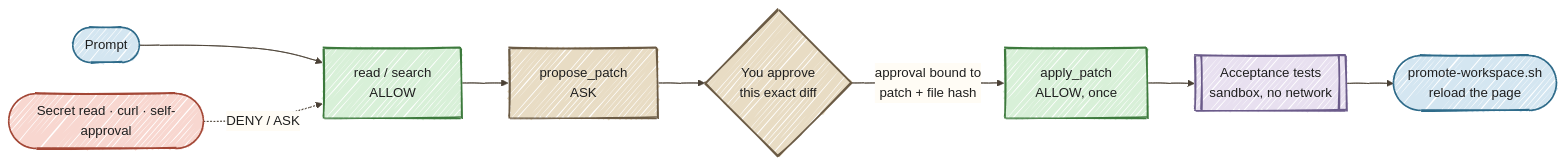
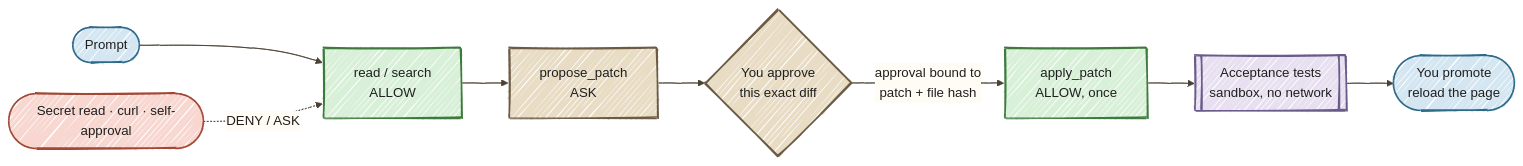
One commit to danieloh30/private-agent-blueprint changed the diagram in docs/tutorials/05-fix-with-the-agent.md. Above: the diagram before and after it, drawn with Mermaid. The commit also changed other lines of this file and 15 other files, not shown here.

````diff
--- a/docs/tutorials/05-fix-with-the-agent.md
+++ b/docs/tutorials/05-fix-with-the-agent.md
@@ -11,20 +11,20 @@
 ```mermaid
 %%{init: {"look":"handDrawn","theme":"base","themeVariables":{"darkMode":false,"background":"#FFFCF5","primaryColor":"#D4E6F1","primaryBorderColor":"#2E6B8A","primaryTextColor":"#1F1F1F","secondaryColor":"#D8F0D8","secondaryTextColor":"#1F1F1F","tertiaryColor":"#E8DCC4","tertiaryTextColor":"#1F1F1F","textColor":"#1F1F1F","lineColor":"#4A4035","edgeLabelBackground":"#FFFCF5","clusterBkg":"#F5F5F0","clusterBorder":"#6B5B45","fontSize":"16px"},"flowchart":{"nodeSpacing":35,"rankSpacing":55,"padding":18,"curve":"basis"}}}%%
 flowchart LR
     ASK([Prompt]) --> READ[read / search<br/>ALLOW]
     READ --> PROPOSE[propose_patch<br/>ASK]
     PROPOSE --> HUMAN{You approve<br/>this exact diff}
     HUMAN -->|approval bound to<br/>patch + file hash| APPLY[apply_patch<br/>ALLOW, once]
     APPLY --> ACCEPT[[Acceptance tests<br/>sandbox, no network]]
-    ACCEPT --> PROMOTE([promote-workspace.sh<br/>reload the page])
+    ACCEPT --> PROMOTE([You promote<br/>reload the page])
     BAD([Secret read · curl · self-approval]) -.->|DENY / ASK| READ
 
     style ASK fill:#D4E6F1,stroke:#2E6B8A,color:#1F1F1F,stroke-width:2px
     style READ fill:#D8F0D8,stroke:#3D7A3D,color:#1F1F1F,stroke-width:2px
     style PROPOSE fill:#E8DCC4,stroke:#6B5B45,color:#1F1F1F,stroke-width:2px
     style HUMAN fill:#E8DCC4,stroke:#6B5B45,color:#1F1F1F,stroke-width:2px
     style APPLY fill:#D8F0D8,stroke:#3D7A3D,color:#1F1F1F,stroke-width:2px
     style ACCEPT fill:#E8E0F0,stroke:#6B5B8A,color:#1F1F1F,stroke-width:2px
     style PROMOTE fill:#D4E6F1,stroke:#2E6B8A,color:#1F1F1F,stroke-width:2px
     style BAD fill:#F8D7D0,stroke:#A34736,color:#1F1F1F,stroke-width:2px
 ```
````
